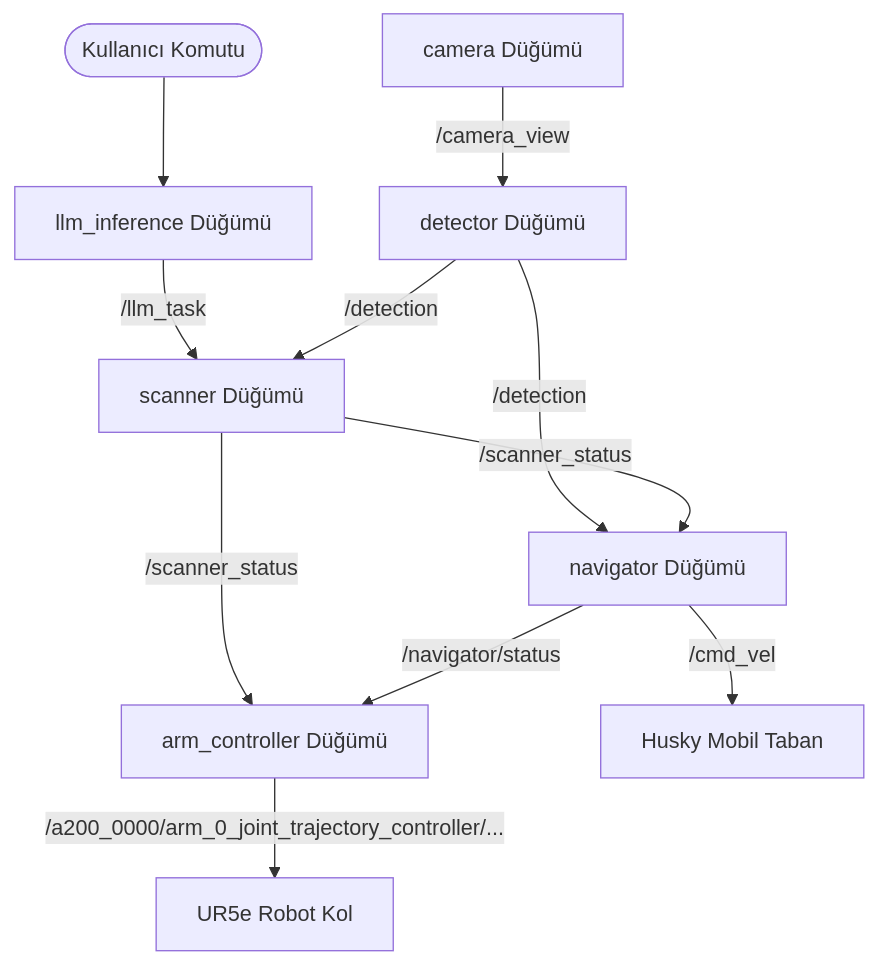
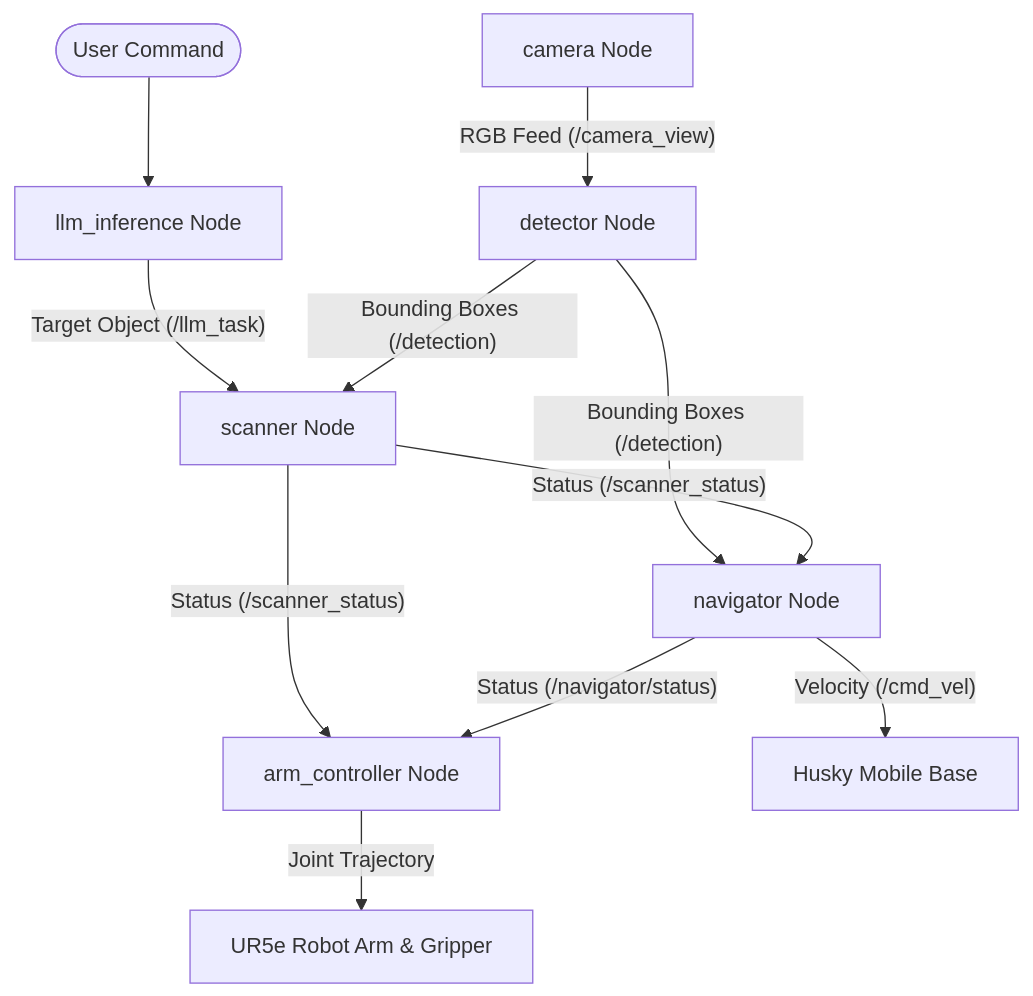
The diagram in README.md (cemalgurselkar/Clearpath_with_LanguageModels), drawn with Mermaid before and after one commit. The commit also changed other lines of this file and 601 other files, not shown here.

````diff
--- a/README.md
+++ b/README.md
@@ -23,17 +13,17 @@
 ```mermaid
 graph TD
-    User([Kullanıcı Komutu]) --> LLM[llm_inference Düğümü]
-    LLM -- /llm_task --> Scanner[scanner Düğümü]
+    User([User Command]) --> LLM[llm_inference Node]
+    LLM -- Target Object (/llm_task) --> Scanner[scanner Node]
     
-    Camera[camera Düğümü] -- /camera_view --> Detector[detector Düğümü]
-    Detector -- /detection --> Scanner
-    Detector -- /detection --> Navigator[navigator Düğümü]
+    Camera[camera Node] -- RGB Feed (/camera_view) --> Detector[detector Node]
+    Detector -- Bounding Boxes (/detection) --> Scanner
+    Detector -- Bounding Boxes (/detection) --> Navigator[navigator Node]
     
-    Scanner -- /scanner_status --> Navigator
-    Scanner -- /scanner_status --> Arm[arm_controller Düğümü]
+    Scanner -- Status (/scanner_status) --> Navigator
+    Scanner -- Status (/scanner_status) --> Arm[arm_controller Node]
     
-    Navigator -- /cmd_vel --> Husky[Husky Mobil Taban]
-    Navigator -- /navigator/status --> Arm
+    Navigator -- Velocity (/cmd_vel) --> Husky[Husky Mobile Base]
+    Navigator -- Status (/navigator/status) --> Arm
     
-    Arm -- /a200_0000/arm_0_joint_trajectory_controller/... --> UR5e[UR5e Robot Kol]
+    Arm -- Joint Trajectory --> UR5e[UR5e Robot Arm & Gripper]
 ```
````
